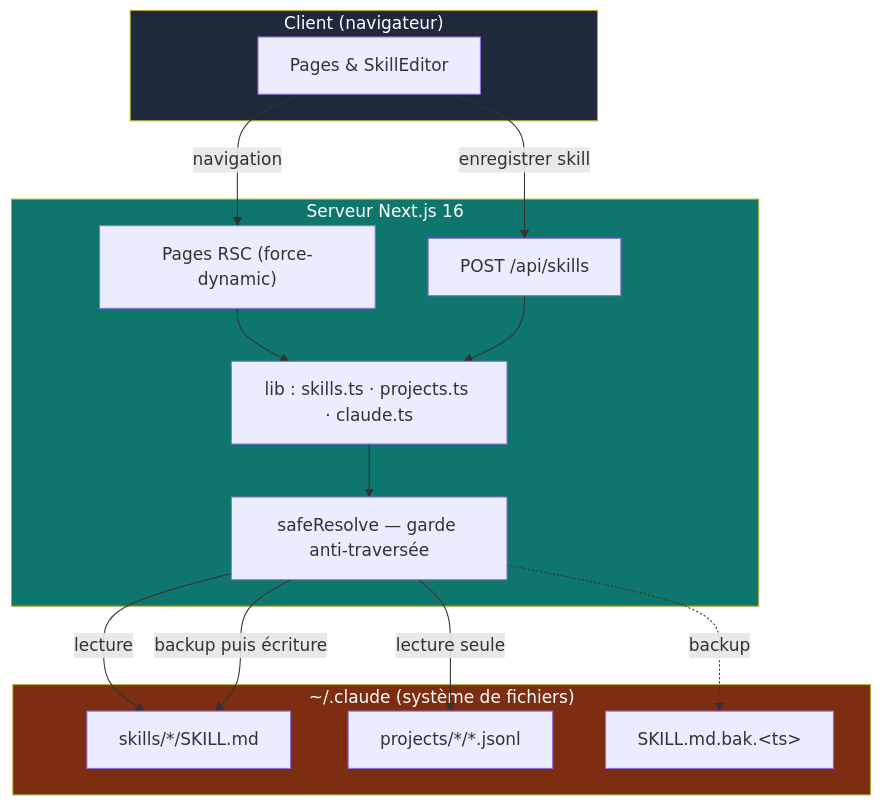
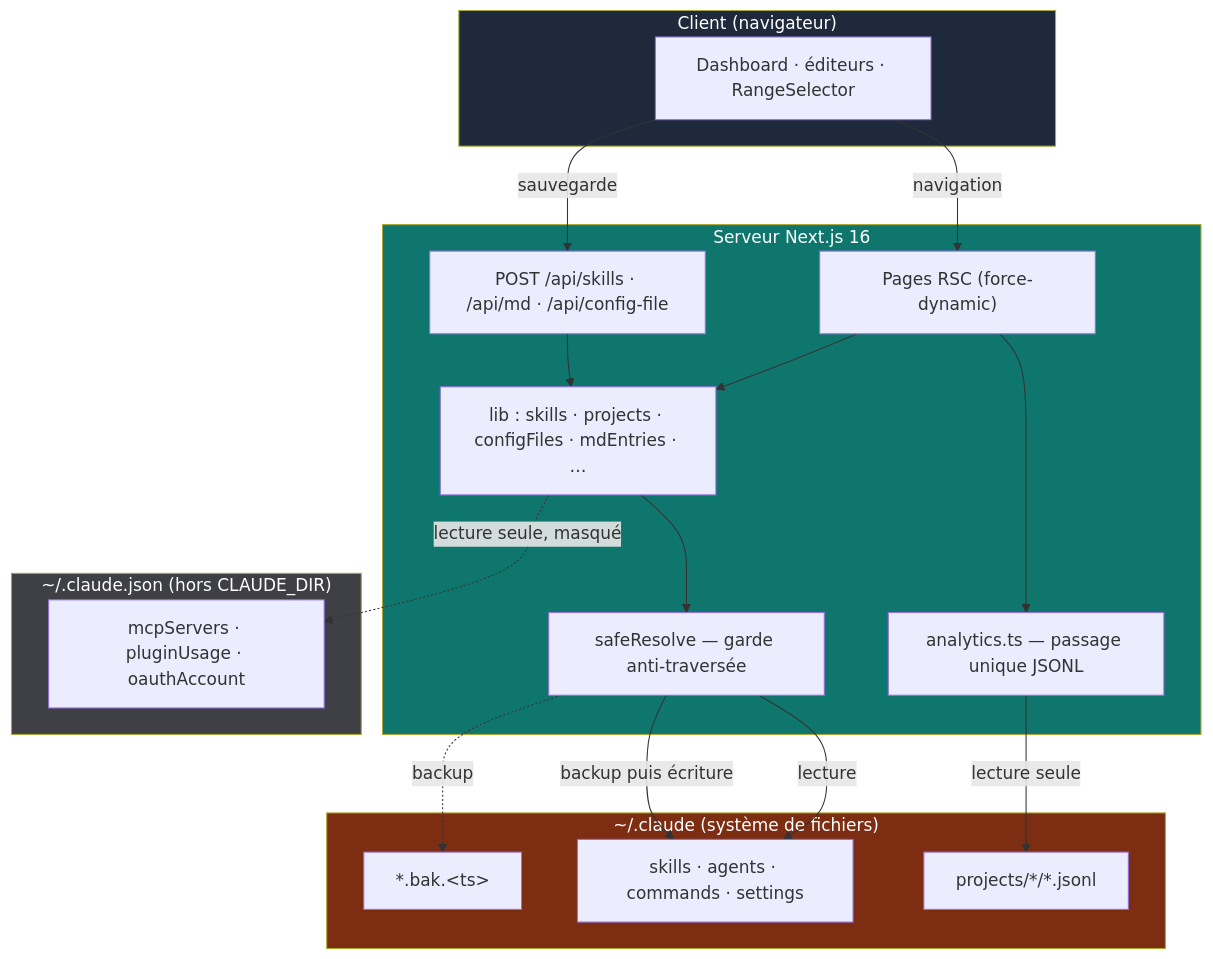
One commit to maximebgd/claudeboard changed the diagram in README.fr.md. Above: the diagram before and after it, drawn with Mermaid. The commit also changed other lines of this file and 1 other file, not shown here.

Commit message:
feat: update project documentation to enhance clarity on local data handling and analytics features

````diff
--- a/README.fr.md
+++ b/README.fr.md
@@ -105,31 +116,38 @@
 ```mermaid
 flowchart TD
     subgraph CLIENT["Client (navigateur)"]
-      UI["Pages & SkillEditor"]
+      UI["Dashboard · éditeurs · RangeSelector"]
     end
     subgraph SERVER["Serveur Next.js 16"]
       PAGES["Pages RSC (force-dynamic)"]
-      API["POST /api/skills"]
-      LIB["lib : skills.ts · projects.ts · claude.ts"]
+      API["POST /api/skills · /api/md · /api/config-file"]
+      ANALYTICS["analytics.ts — passage unique JSONL"]
+      LIB["lib : skills · projects · configFiles · mdEntries · …"]
       GUARD["safeResolve — garde anti-traversée"]
     end
     subgraph FS["~/.claude (système de fichiers)"]
-      SKILLS["skills/*/SKILL.md"]
-      PROJ["projects/*/*.jsonl"]
-      BAK["SKILL.md.bak.&lt;ts&gt;"]
+      TRANSCRIPTS["projects/*/*.jsonl"]
+      SKILLS["skills · agents · commands · settings"]
+      BAK["*.bak.&lt;ts&gt;"]
+    end
+    subgraph EXT["~/.claude.json (hors CLAUDE_DIR)"]
+      MCP["mcpServers · pluginUsage · oauthAccount"]
     end
 
     UI -->|navigation| PAGES
-    UI -->|enregistrer skill| API
+    UI -->|sauvegarde| API
+    PAGES --> ANALYTICS
     PAGES --> LIB
     API --> LIB
+    ANALYTICS -->|lecture seule| TRANSCRIPTS
     LIB --> GUARD
     GUARD -->|lecture| SKILLS
-    GUARD -->|lecture seule| PROJ
     GUARD -->|backup puis écriture| SKILLS
     GUARD -.->|backup| BAK
+    LIB -.->|lecture seule, masqué| MCP
 
     style CLIENT fill:#1e293b,color:#fff
     style SERVER fill:#0f766e,color:#fff
     style FS fill:#7c2d12,color:#fff
+    style EXT fill:#3f3f46,color:#fff
 ```
````
